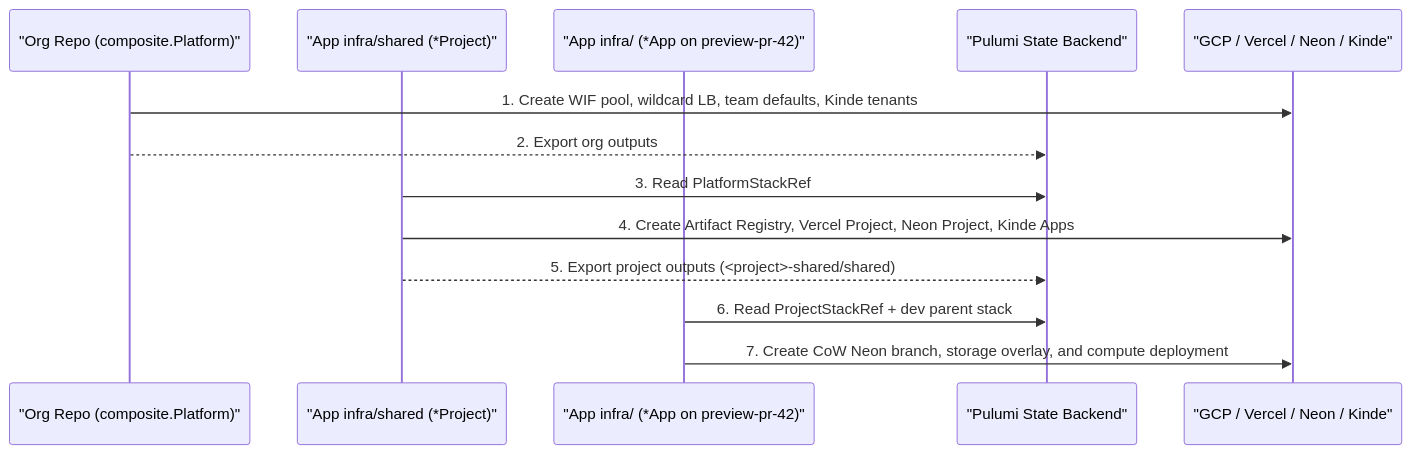
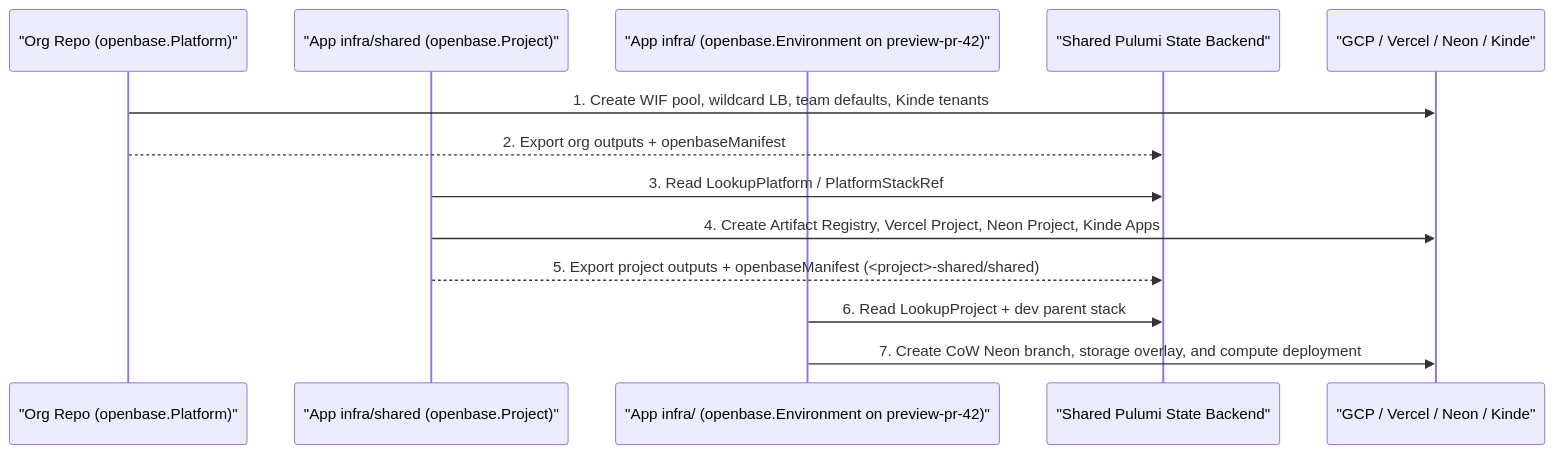
The second of 2 diagrams in docs/architecture/index.md (cloudvoyant/openbase), drawn with Mermaid before and after one commit. The commit also changed other lines of this file and 124 other files, not shown here.

First line of the commit message:
feat(components): unify platform, project, and environment scopes

````diff
--- a/docs/architecture/index.md
+++ b/docs/architecture/index.md
@@ -63,16 +63,16 @@
 ```mermaid
 sequenceDiagram
-    participant Org as "Org Repo (composite.Platform)"
-    participant Shared as "App infra/shared (*Project)"
-    participant Env as "App infra/ (*App on preview-pr-42)"
-    participant State as "Pulumi State Backend"
+    participant Org as "Org Repo (openbase.Platform)"
+    participant Shared as "App infra/shared (openbase.Project)"
+    participant Env as "App infra/ (openbase.Environment on preview-pr-42)"
+    participant State as "Shared Pulumi State Backend"
     participant Cloud as "GCP / Vercel / Neon / Kinde"
 
     Org->>Cloud: 1. Create WIF pool, wildcard LB, team defaults, Kinde tenants
-    Org-->>State: 2. Export org outputs
-    Shared->>State: 3. Read PlatformStackRef
+    Org-->>State: 2. Export org outputs + openbaseManifest
+    Shared->>State: 3. Read LookupPlatform / PlatformStackRef
     Shared->>Cloud: 4. Create Artifact Registry, Vercel Project, Neon Project, Kinde Apps
-    Shared-->>State: 5. Export project outputs (<project>-shared/shared)
-    Env->>State: 6. Read ProjectStackRef + dev parent stack
+    Shared-->>State: 5. Export project outputs + openbaseManifest (<project>-shared/shared)
+    Env->>State: 6. Read LookupProject + dev parent stack
     Env->>Cloud: 7. Create CoW Neon branch, storage overlay, and compute deployment
 ```
````
